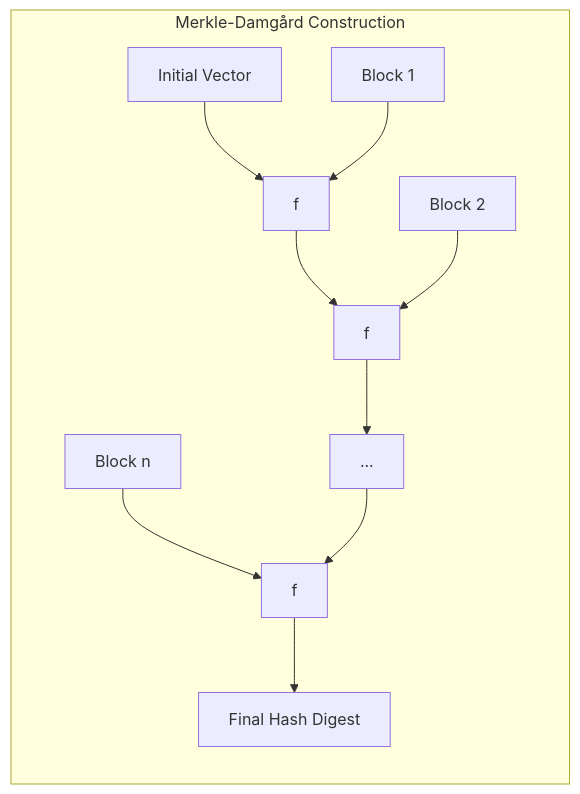
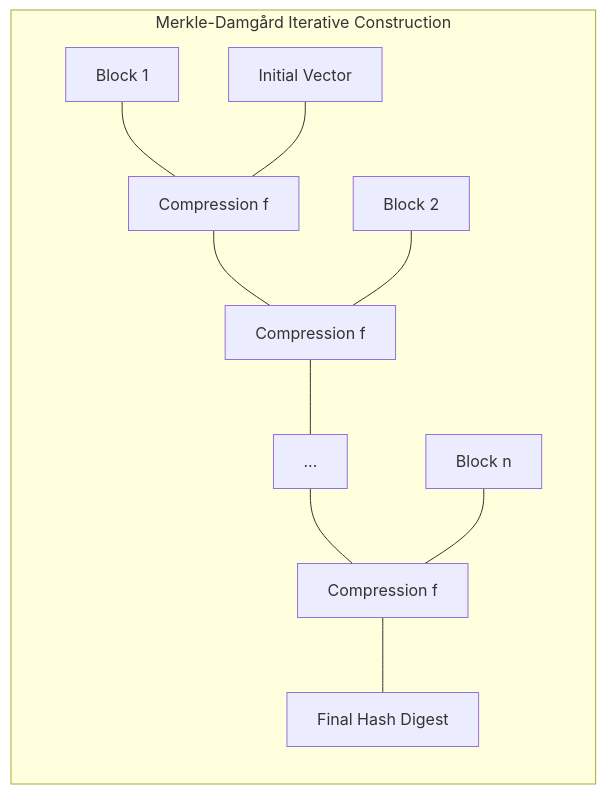
One commit to Amey-Thakur/PYTHON-SHORTS changed the second of 2 diagrams in Source Code/Hashing File/README.md. Above: the diagram before and after it, drawn with Mermaid.

Commit message:
Python Shorts

````diff
--- a/Source Code/Hashing File/README.md
+++ b/Source Code/Hashing File/README.md
@@ -64,13 +64,14 @@
 ```mermaid
-graph LR
-    subgraph MerkleDamgard ["Merkle-Damgård Construction"]
-        IV["Initial Vector"] --> F1["f"]
-        B1["Block 1"] --> F1
-        F1 --> F2["f"]
-        B2["Block 2"] --> F2
-        F2 --> F3["..."]
-        FN["Block n"] --> FN_comp["f"]
-        F3 --> FN_comp
-        FN_comp --> Digest["Final Hash Digest"]
+graph TD
+    subgraph MerkleDamgard ["Merkle-Damgård Iterative Construction"]
+        direction TB
+        B1["Block 1"] --- F1["Compression f"]
+        IV["Initial Vector"] --- F1
+        F1 --- F2["Compression f"]
+        B2["Block 2"] --- F2
+        F2 --- F3["..."]
+        F3 --- FN["Compression f"]
+        BN["Block n"] --- FN
+        FN --- Digest["Final Hash Digest"]
     end
 ```
````
